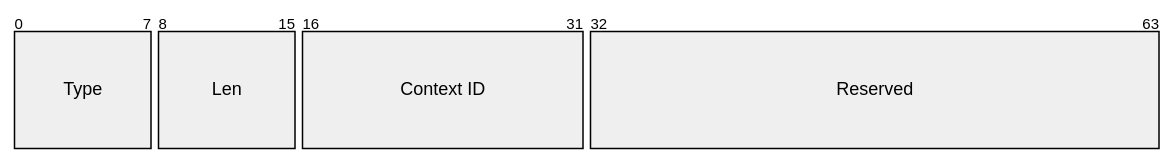
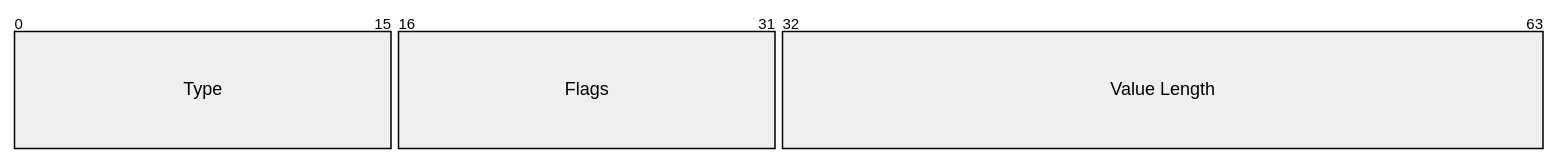
The sixth of 9 diagrams in docs/chapters/3-architecture/protocol.it.md (uniquadev/prism), drawn with Mermaid before and after one commit. The commit also changed other lines of this file and 30 other files, not shown here.

````diff
--- a/docs/chapters/3-architecture/protocol.it.md
+++ b/docs/chapters/3-architecture/protocol.it.md
@@ -388,8 +393,7 @@
 ```mermaid
-%%{init: {"packet": {"bitsPerRow": 64, "bitWidth": 12, "rowHeight": 78, "showBits": true}} }%%
+%%{init: {"packet": {"bitsPerRow": 64, "bitWidth": 16, "rowHeight": 78, "showBits": true}} }%%
 packet
-    +8: "Type"
-    +8: "Len"
-    +16: "Context ID"
-    +32: "Reserved"
+    +16: "Type"
+    +16: "Flags"
+    +32: "Value Length"
 ```
````
